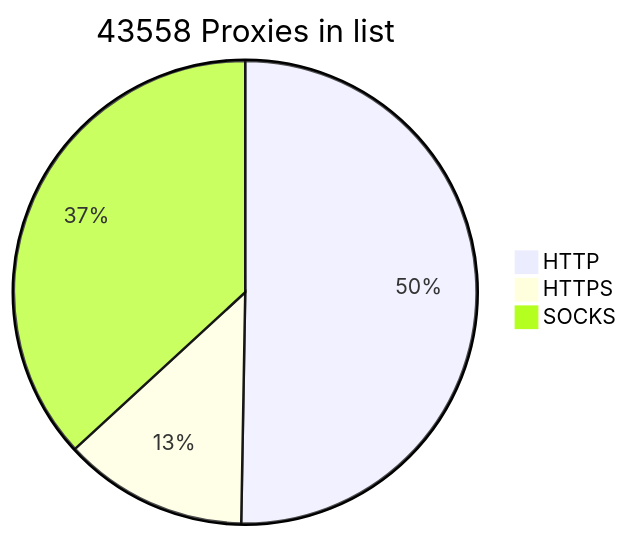
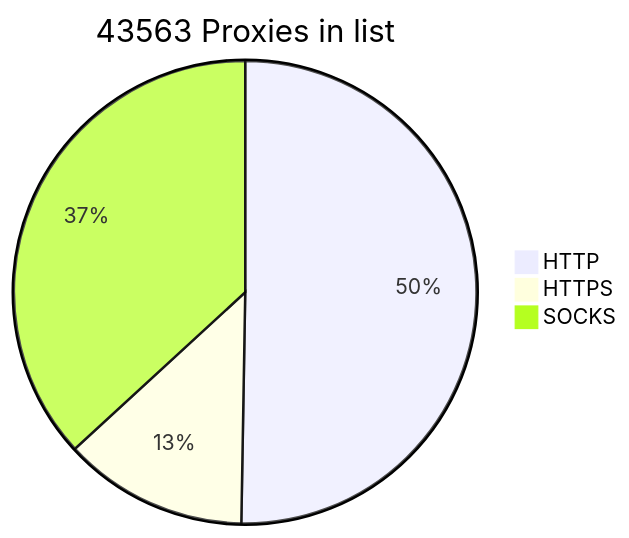
Before and after one commit to BlackSnowDot/proxylist-update-every-minute: the diagram in README.md, drawn with Mermaid.

````diff
--- a/README.md
+++ b/README.md
@@ -2,6 +2,6 @@
 ```mermaid
-pie title 43558 Proxies in list
-    "HTTP" : 24379
-    "HTTPS": 6249
+pie title 43563 Proxies in list
+    "HTTP" : 24378
+    "HTTPS": 6255
     "SOCKS" : 17862
 ```
````
